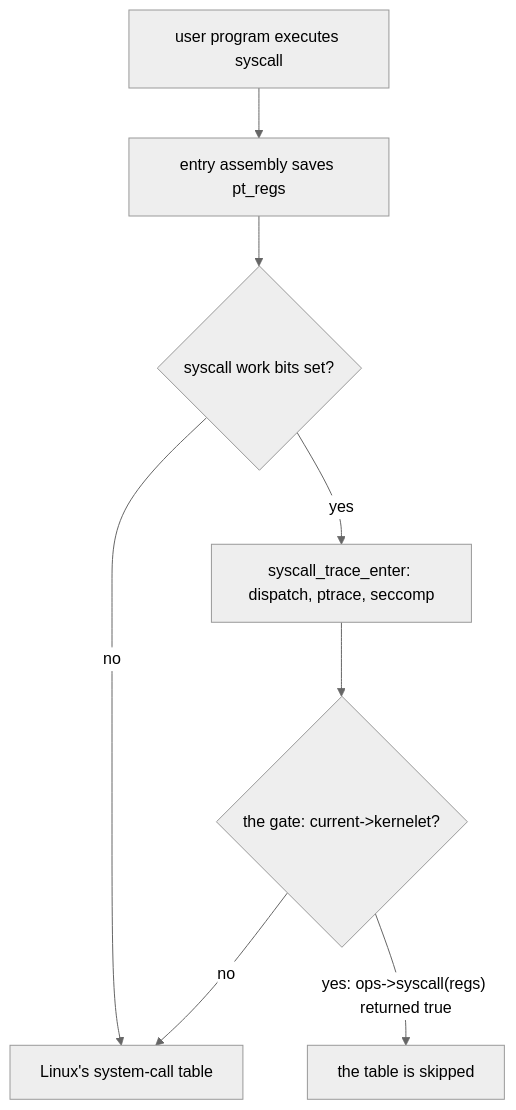
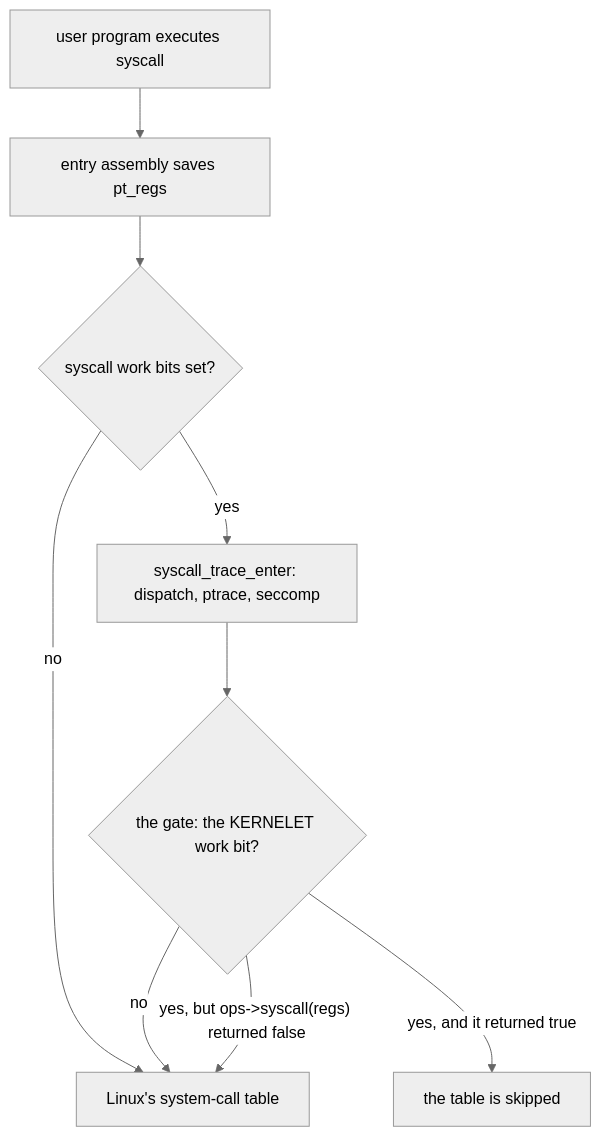
One commit to Plucky923/kernelet changed the first of 2 diagrams in src/the-gate.md. Above: the diagram before and after it, drawn with Mermaid (neutral theme). The commit also changed other lines of this file and 41 other files, not shown here.

````diff
--- a/src/the-gate.md
+++ b/src/the-gate.md
@@ -21,10 +21,11 @@
 ```mermaid
 flowchart TB
     u[user program executes syscall] --> e[entry assembly saves pt_regs]
     e --> w{syscall work bits set?}
     w -- no --> t[Linux's system-call table]
     w -- yes --> s[syscall_trace_enter: dispatch, ptrace, seccomp]
-    s --> g{"the gate: current->kernelet?"}
+    s --> g{"the gate: the KERNELET work bit?"}
     g -- no --> t
-    g -- "yes: ops->syscall(regs) returned true" --> x[the table is skipped]
+    g -- "yes, but ops->syscall(regs) returned false" --> t
+    g -- "yes, and it returned true" --> x[the table is skipped]
 ```
````
